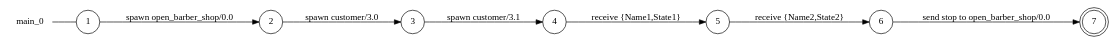
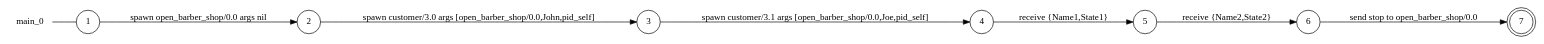
Before and after one commit to gabrielegenovese/chorer: the diagram in examples/cauder_suite/barber/main_0_local_view.dot, drawn with Graphviz. The commit also changed 10 other files, not shown here.

```diff
--- a/examples/cauder_suite/barber/main_0_local_view.dot
+++ b/examples/cauder_suite/barber/main_0_local_view.dot
@@ -1,19 +1,19 @@
 digraph main_0 {
 	rankdir="LR";
 	n_0 [label="main_0", shape="plaintext"];
 	n_1 [id="5", shape=circle, label="5"];
 	n_2 [id="6", shape=circle, label="6"];
 	n_3 [id="1", shape=circle, label="1"];
 	n_0 -> n_3 [arrowhead=none];
 	n_4 [id="2", shape=circle, label="2"];
 	n_5 [id="4", shape=doublecircle, label="7"];
 	n_6 [id="7", shape=circle, label="3"];
 	n_7 [id="3", shape=circle, label="4"];
 
-	n_7 -> n_1 [id="[$e|4]", label="receive {Name1,State1}"];
-	n_3 -> n_4 [id="[$e|1]", label="spawn open_barber_shop/0.0"];
-	n_4 -> n_6 [id="[$e|0]", label="spawn customer/3.0"];
-	n_1 -> n_2 [id="[$e|5]", label="receive {Name2,State2}"];
-	n_6 -> n_7 [id="[$e|3]", label="spawn customer/3.1"];
-	n_2 -> n_5 [id="[$e|2]", label="send stop to open_barber_shop/0.0"];
+	n_6 -> n_7 [id="[$e|5]", label="spawn customer/3.1 args [open_barber_shop/0.0,Joe,pid_self]"];
+	n_2 -> n_5 [id="[$e|1]", label="send stop to open_barber_shop/0.0"];
+	n_7 -> n_1 [id="[$e|2]", label="receive {Name1,State1}"];
+	n_4 -> n_6 [id="[$e|3]", label="spawn customer/3.0 args [open_barber_shop/0.0,John,pid_self]"];
+	n_3 -> n_4 [id="[$e|0]", label="spawn open_barber_shop/0.0 args nil"];
+	n_1 -> n_2 [id="[$e|4]", label="receive {Name2,State2}"];
 }
```
